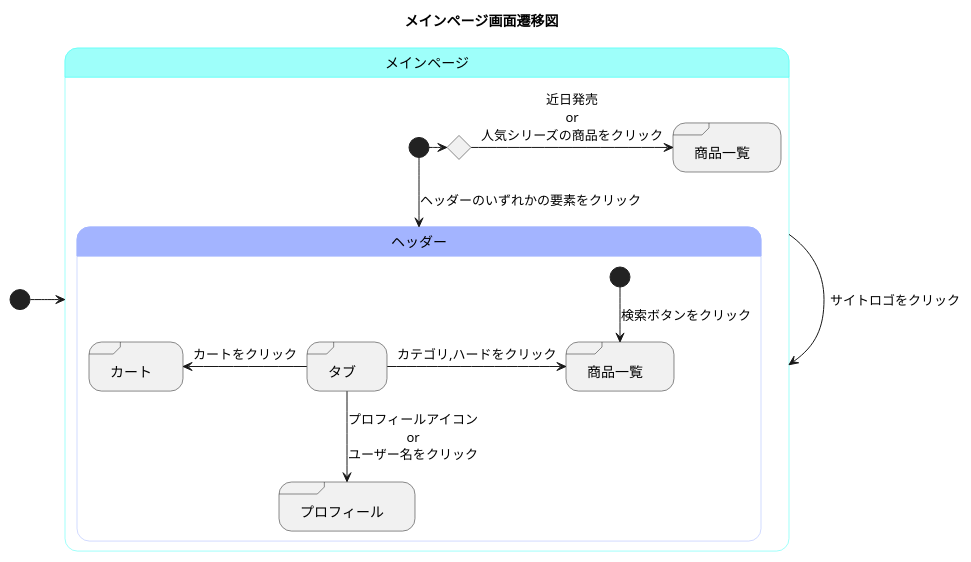
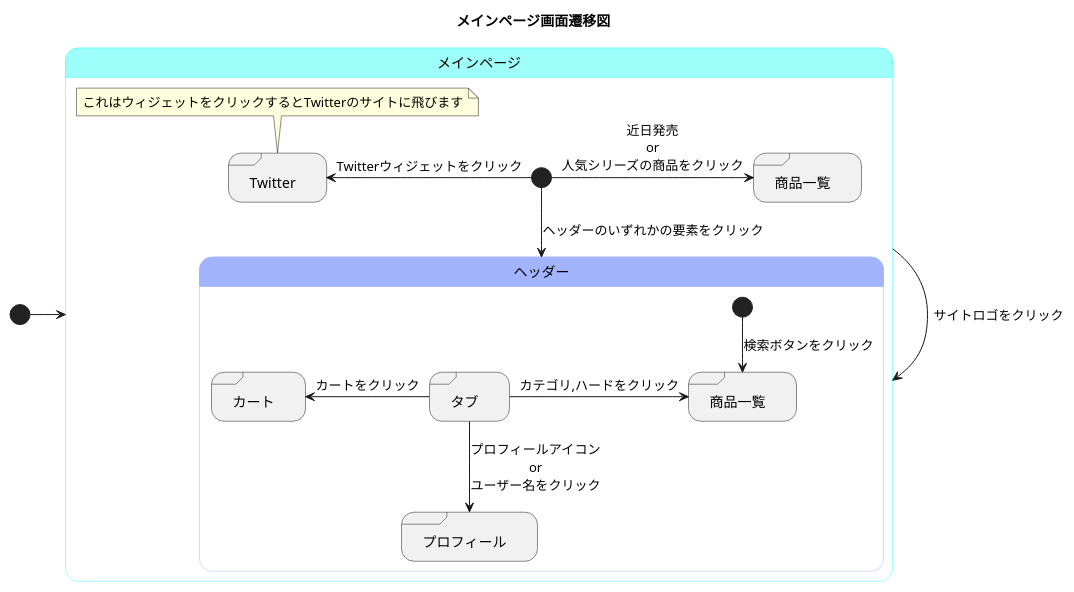
The diagram in メインページ.md (akutori/T-D-E), drawn with PlantUML before and after one commit.

Commit message:
遷移の追加&メモの追加

````diff
--- a/メインページ.md
+++ b/メインページ.md
@@ -1,40 +1,44 @@
 ```uml
 @startuml
 title メインページ画面遷移図
 
 [*]->メインページ
 state メインページ<<mainpage>>{
 
-    state ifinput<<choice>>
     state "商品一覧" as maintogoods<<sdlreceive>>
+    state "Twitter" <<sdlreceive>>
 
+    メインページ -> メインページ : サイトロゴをクリック
     [*]-->ヘッダー : ヘッダーのいずれかの要素をクリック
-    メインページ -> メインページ : サイトロゴをクリック
-    [*]-> ifinput
-    ifinput -> maintogoods :近日発売\nor\n人気シリーズの商品をクリック
+    [*]-> maintogoods : 近日発売\nor\n人気シリーズの商品をクリック
+    [*]-left->Twitter : Twitterウィジェットをクリック
+    note top of Twitter
+        これはウィジェットをクリックするとTwitterのサイトに飛びます
+    end note
+
     
 
     state ヘッダー<<state_headder>>{
 
         state "タブ" as tab <<sdlreceive>>
         state "カート" as cart <<sdlreceive>>
         state "プロフィール" as profile <<sdlreceive>>
         state "商品一覧" as goods<<sdlreceive>>
 
         [*]-->goods : 検索ボタンをクリック
         tab ->goods : カテゴリ,ハードをクリック
         tab -left->cart : カートをクリック
         tab -->profile : プロフィールアイコン\nor\nユーザー名をクリック
-        
+
 
     }
 }
 
 
 skinparam stateBorderColor<<mainpage>> #40fff5
 state メインページ #9efffa
 
 skinparam stateBorderColor<<state_headder>> #a3b4ff
 state ヘッダー #a3b4ff
 @enduml
 ```
````
